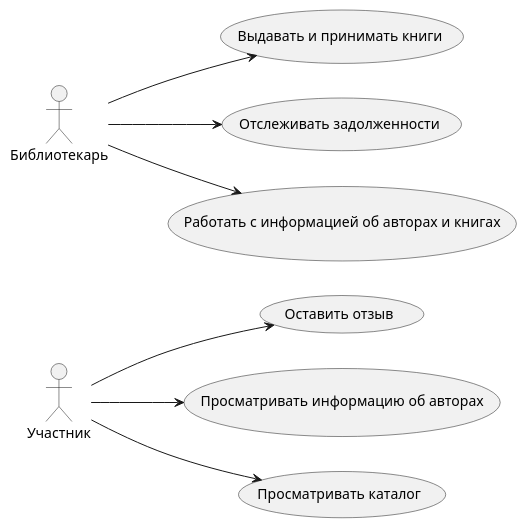
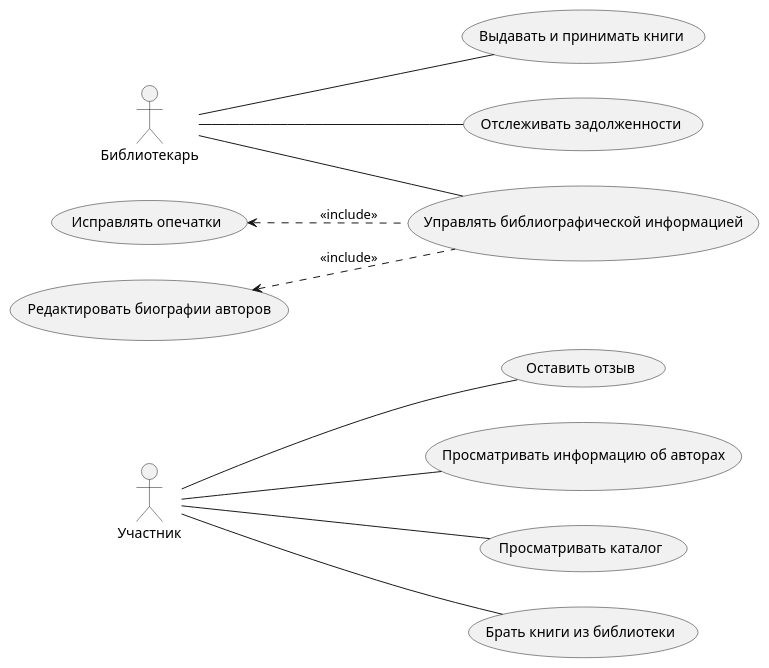
The diagram in diagr.puml (tyquipwoowk07-debug/aaa), drawn with PlantUML before and after one commit.

```diff
--- a/diagr.puml
+++ b/diagr.puml
@@ -1,16 +1,18 @@
 @startuml diagr
 left to right direction
 
 actor Участник
 
-Участник --> (Оставить отзыв)
-Участник --> (Просматривать информацию об авторах)
-Участник --> (Просматривать каталог) 
+Участник -- (Оставить отзыв)
+Участник -- (Просматривать информацию об авторах)
+Участник -- (Просматривать каталог) 
+Участник -- (Брать книги из библиотеки)
 
 actor Библиотекарь
 
-Библиотекарь --> (Выдавать и принимать книги)
-Библиотекарь --> (Отслеживать задолженности)
-Библиотекарь --> (Работать с информацией об авторах и книгах)
-
+Библиотекарь -- (Выдавать и принимать книги)
+Библиотекарь -- (Отслеживать задолженности)
+Библиотекарь -- (Управлять библиографической информацией) 
+(Исправлять опечатки) <.. (Управлять библиографической информацией): <<include>> 
+(Редактировать биографии авторов) <.. (Управлять библиографической информацией): <<include>> 
 @enduml
```
